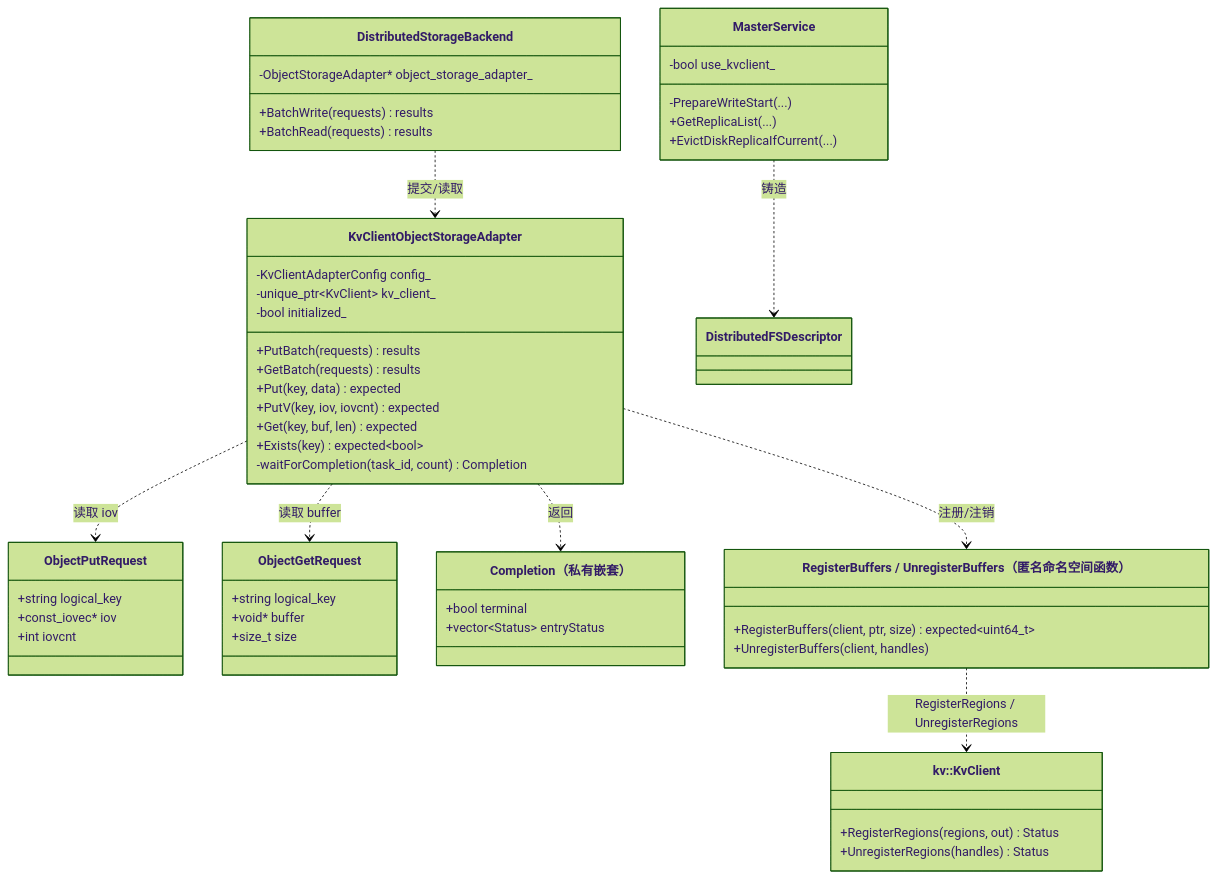
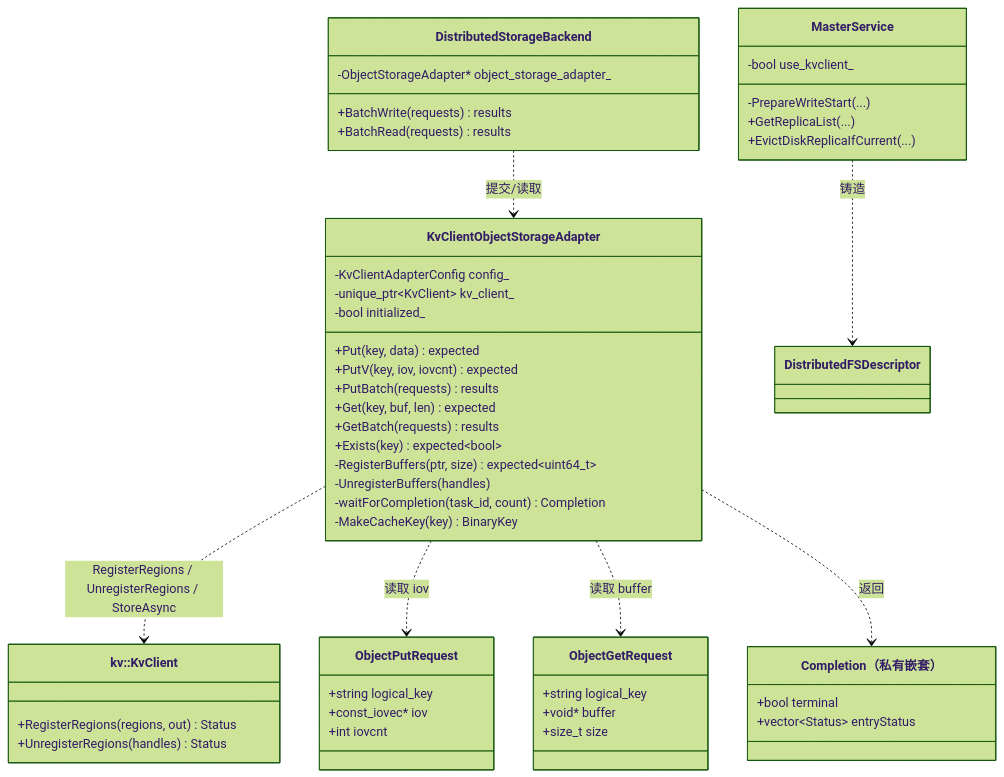
One commit to zwj20000328-dotcom/Mooncake-documents changed the fourth of 11 diagrams in Mooncake + KVClient L3 接入（Kvcs）- PR 实施设计.md. Above: the diagram before and after it, drawn with Mermaid (forest theme). The commit also changed other lines of this file and 1 other file, not shown here.

First line of the commit message:
docs: make kvclient buffer registration adapter members

````diff
--- a/Mooncake + KVClient L3 接入（Kvcs）- PR 实施设计.md
+++ b/Mooncake + KVClient L3 接入（Kvcs）- PR 实施设计.md
@@ -600,65 +600,62 @@
 ```mermaid
 classDiagram
     direction TB
 
     class ObjectPutRequest {
         +string logical_key
         +const_iovec* iov
         +int iovcnt
     }
 
     class ObjectGetRequest {
         +string logical_key
         +void* buffer
         +size_t size
     }
 
     class Completion["Completion（私有嵌套）"] {
         +bool terminal
         +vector~Status~ entryStatus
     }
 
-    class BufferRegistration["RegisterBuffers / UnregisterBuffers（匿名命名空间函数）"] {
-        +RegisterBuffers(client, ptr, size) expected~uint64_t~
-        +UnregisterBuffers(client, handles)
-    }
-
     class SdkKvClient["kv::KvClient"] {
         +RegisterRegions(regions, out) Status
         +UnregisterRegions(handles) Status
     }
 
     class DistributedStorageBackend {
         -ObjectStorageAdapter* object_storage_adapter_
         +BatchWrite(requests) results
         +BatchRead(requests) results
     }
 
     class KvClientObjectStorageAdapter {
         -KvClientAdapterConfig config_
         -unique_ptr~KvClient~ kv_client_
         -bool initialized_
-        +PutBatch(requests) results
-        +GetBatch(requests) results
         +Put(key, data) expected
         +PutV(key, iov, iovcnt) expected
+        +PutBatch(requests) results
         +Get(key, buf, len) expected
+        +GetBatch(requests) results
         +Exists(key) expected~bool~
+        -RegisterBuffers(ptr, size) expected~uint64_t~
+        -UnregisterBuffers(handles)
         -waitForCompletion(task_id, count) Completion
+        -MakeCacheKey(key) BinaryKey
     }
 
     class MasterService {
         -bool use_kvclient_
         -PrepareWriteStart(...)
         +GetReplicaList(...)
         +EvictDiskReplicaIfCurrent(...)
     }
 
     DistributedStorageBackend ..> KvClientObjectStorageAdapter : 提交/读取
-    KvClientObjectStorageAdapter ..> BufferRegistration : 注册/注销
-    BufferRegistration ..> SdkKvClient : RegisterRegions / UnregisterRegions
+    KvClientObjectStorageAdapter ..> SdkKvClient : RegisterRegions / UnregisterRegions / StoreAsync
     KvClientObjectStorageAdapter ..> ObjectPutRequest : 读取 iov
     KvClientObjectStorageAdapter ..> ObjectGetRequest : 读取 buffer
     KvClientObjectStorageAdapter ..> Completion : 返回
     MasterService ..> DistributedFSDescriptor : 铸造
 ```
````
